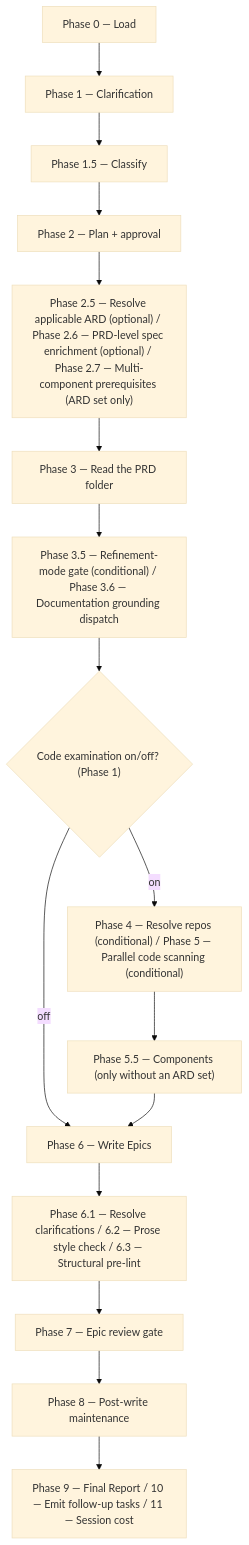
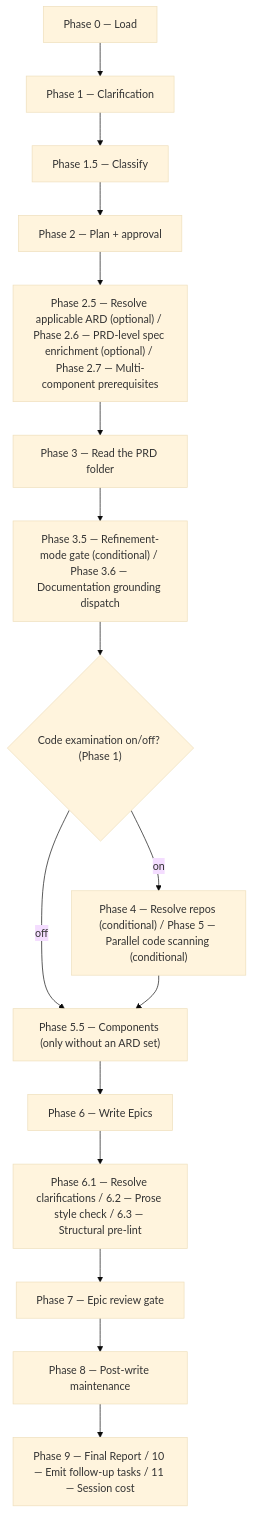
One commit to ihudak/ai-workflows changed the diagram in plugins/product-workflows/docs/commands/epics.md. Above: the diagram before and after it, drawn with Mermaid (base theme). The commit also changed other lines of this file and 27 other files, not shown here.

First line of the commit message:
fix: review round 2 — only code components make a PRD multi-component; /design's override only where /implement can reach it; target spans within a repository; stale scan-off, slice and threshold copies; the citer recipe

````diff
--- a/plugins/product-workflows/docs/commands/epics.md
+++ b/plugins/product-workflows/docs/commands/epics.md
@@ -27,18 +27,18 @@
 ```mermaid
 flowchart TD
     p0["Phase 0 — Load"] --> p1["Phase 1 — Clarification"]
     p1 --> p15["Phase 1.5 — Classify"]
     p15 --> p2["Phase 2 — Plan + approval"]
-    p2 --> p2526["Phase 2.5 — Resolve applicable ARD (optional) / Phase 2.6 — PRD-level spec enrichment (optional) / Phase 2.7 — Multi-component prerequisites (ARD set only)"]
+    p2 --> p2526["Phase 2.5 — Resolve applicable ARD (optional) / Phase 2.6 — PRD-level spec enrichment (optional) / Phase 2.7 — Multi-component prerequisites"]
     p2526 --> p3["Phase 3 — Read the PRD folder"]
     p3 --> p3536["Phase 3.5 — Refinement-mode gate (conditional) / Phase 3.6 — Documentation grounding dispatch"]
     p3536 --> d1{"Code examination on/off? (Phase 1)"}
     d1 -- "on" --> p45["Phase 4 — Resolve repos (conditional) / Phase 5 — Parallel code scanning (conditional)"]
-    d1 -- "off" --> p6["Phase 6 — Write Epics"]
+    d1 -- "off" --> p55
     p45 --> p55["Phase 5.5 — Components (only without an ARD set)"]
-    p55 --> p6
+    p55 --> p6["Phase 6 — Write Epics"]
     p6 --> p616263["Phase 6.1 — Resolve clarifications / 6.2 — Prose style check / 6.3 — Structural pre-lint"]
     p616263 --> p7["Phase 7 — Epic review gate"]
     p7 --> p8["Phase 8 — Post-write maintenance"]
     p8 --> p91011["Phase 9 — Final Report / 10 — Emit follow-up tasks / 11 — Session cost"]
 ```
````
